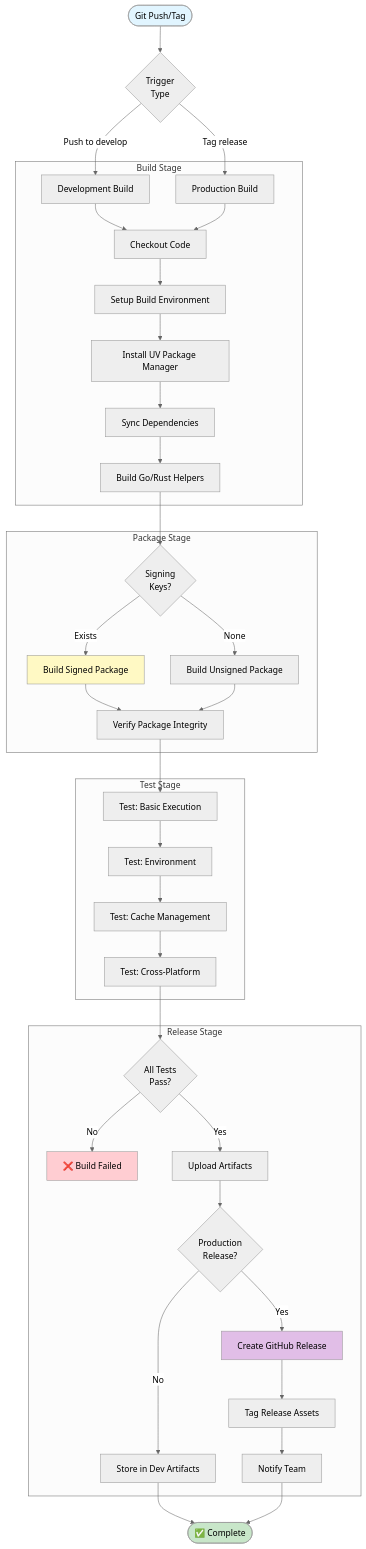
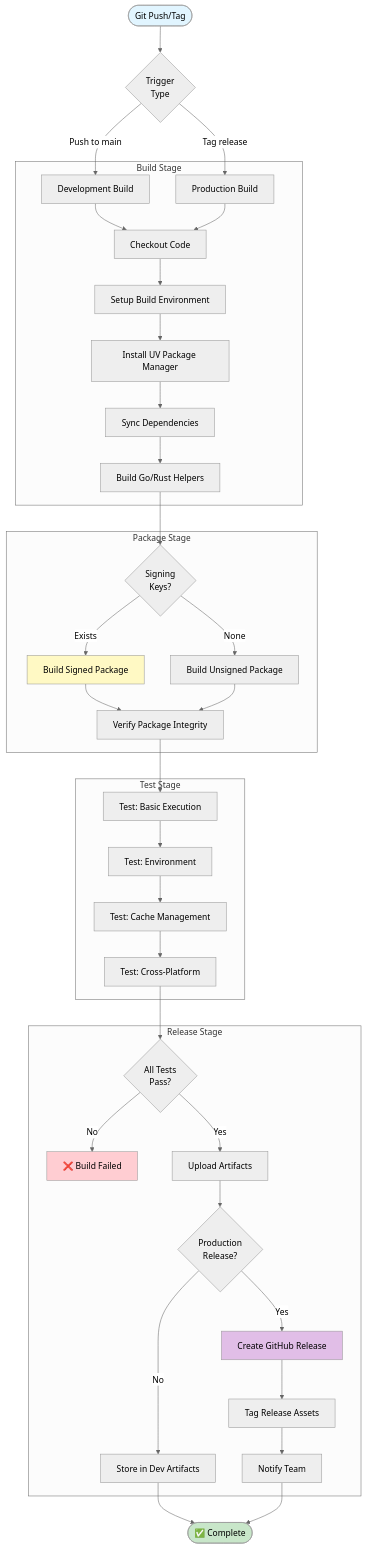
Before and after one commit to provide-io/flavorpack: the diagram in docs/cookbook/recipes/ci-cd.md, drawn with Mermaid (neutral theme). The commit also changed other lines of this file and 472 other files, not shown here.

````diff
--- a/docs/cookbook/recipes/ci-cd.md
+++ b/docs/cookbook/recipes/ci-cd.md
@@ -7,53 +7,53 @@
 ```mermaid
 flowchart TD
     Start([Git Push/Tag]) --> Trigger{Trigger<br/>Type}
-    Trigger -->|Push to develop| BuildDev[Development Build]
+    Trigger -->|Push to main| BuildDev[Development Build]
     Trigger -->|Tag release| BuildProd[Production Build]
 
     subgraph "Build Stage"
         BuildDev --> Checkout[Checkout Code]
         BuildProd --> Checkout
         Checkout --> SetupEnv[Setup Build Environment]
         SetupEnv --> InstallUV[Install UV Package Manager]
         InstallUV --> SyncDeps[Sync Dependencies]
         SyncDeps --> BuildHelpers[Build Go/Rust Helpers]
     end
 
     subgraph "Package Stage"
         BuildHelpers --> LoadKeys{Signing<br/>Keys?}
         LoadKeys -->|Exists| SignedBuild[Build Signed Package]
         LoadKeys -->|None| UnsignedBuild[Build Unsigned Package]
 
         SignedBuild --> VerifyPkg[Verify Package Integrity]
         UnsignedBuild --> VerifyPkg
     end
 
     subgraph "Test Stage"
         VerifyPkg --> TestBasic[Test: Basic Execution]
         TestBasic --> TestEnv[Test: Environment]
         TestEnv --> TestCache[Test: Cache Management]
         TestCache --> TestCrossPlat[Test: Cross-Platform]
     end
 
     subgraph "Release Stage"
         TestCrossPlat --> AllPass{All Tests<br/>Pass?}
         AllPass -->|No| Failed[❌ Build Failed]
         AllPass -->|Yes| UploadArtifact[Upload Artifacts]
 
         UploadArtifact --> IsProd{Production<br/>Release?}
         IsProd -->|No| StoreDev[Store in Dev Artifacts]
         IsProd -->|Yes| CreateRelease[Create GitHub Release]
 
         CreateRelease --> TagRelease[Tag Release Assets]
         TagRelease --> NotifyTeam[Notify Team]
     end
 
     StoreDev --> Done([✅ Complete])
     NotifyTeam --> Done
 
     style Start fill:#e1f5ff
     style Done fill:#c8e6c9
     style Failed fill:#ffcdd2
     style SignedBuild fill:#fff9c4
     style CreateRelease fill:#e1bee7
 ```
````
